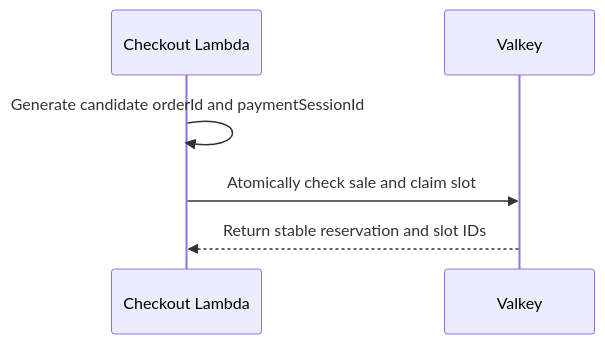
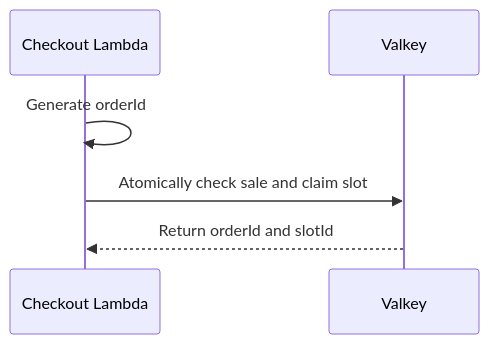
One commit to rantingmong/bookipi-test changed the second of 2 diagrams in docs/listing-and-inventory.md. Above: the diagram before and after it, drawn with Mermaid. The commit also changed other lines of this file and 47 other files, not shown here.

````diff
--- a/docs/listing-and-inventory.md
+++ b/docs/listing-and-inventory.md
@@ -32,8 +28,8 @@
 ```mermaid
 sequenceDiagram
     participant L as Checkout Lambda
     participant V as Valkey
-    L->>L: Generate candidate orderId and paymentSessionId
+    L->>L: Generate orderId
     L->>V: Atomically check sale and claim slot
-    V-->>L: Return stable reservation and slot IDs
+    V-->>L: Return orderId and slotId
 ```
````
